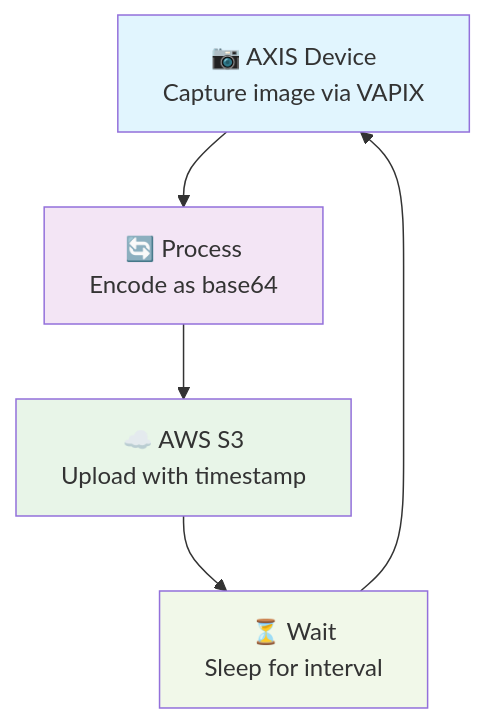
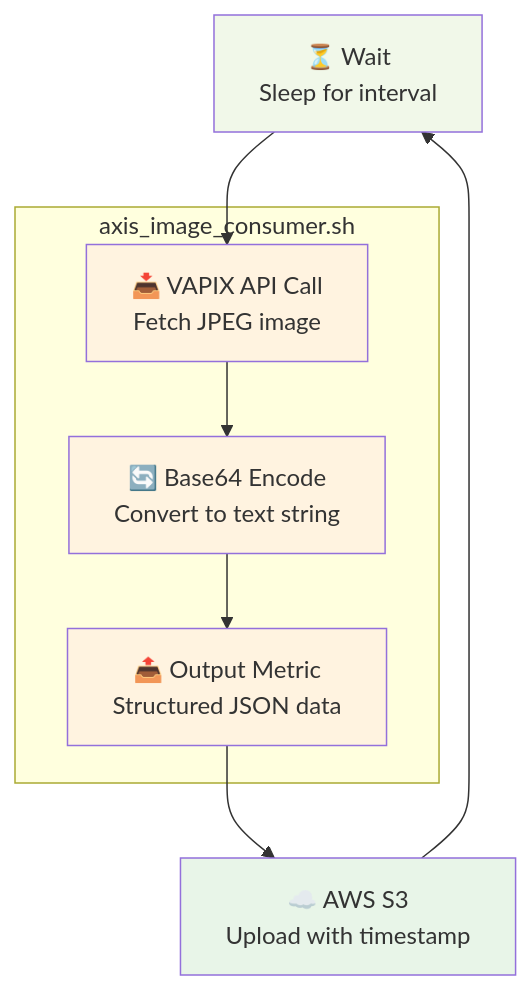
The diagram in project-timelapse-s3/README.md (fixedit-ai/fixedit-data-agent-examples), drawn with Mermaid before and after one commit. The commit also changed other lines of this file and 13 other files, not shown here.

````diff
--- a/project-timelapse-s3/README.md
+++ b/project-timelapse-s3/README.md
@@ -9,12 +9,17 @@
 ```mermaid
 flowchart TD
-    A["📷 AXIS Device<br/>Capture image via VAPIX"] --> B["🔄 Process<br/>Encode as base64"]
-    B --> C["☁️ AWS S3<br/>Upload with timestamp"]
-    C --> D["⏳ Wait<br/>Sleep for interval"]
-    D --> A
+    A["⏳ Wait<br/>Sleep for interval"] --> B1["📥 VAPIX API Call<br/>Fetch JPEG image"]
+    B3 --> C["☁️ AWS S3<br/>Upload with timestamp"]
+    C --> A
 
-    style A fill:#e1f5fe
-    style B fill:#f3e5f5
+    subgraph "axis_image_consumer.sh"
+        B1["📥 VAPIX API Call<br/>Fetch JPEG image"] --> B2["🔄 Base64 Encode<br/>Convert to text string"]
+        B2 --> B3["📤 Output Metric<br/>Structured JSON data"]
+    end
+
+    style A fill:#f1f8e9
     style C fill:#e8f5e8
-    style D fill:#f1f8e9
+    style B1 fill:#fff3e0
+    style B2 fill:#fff3e0
+    style B3 fill:#fff3e0
 ```
````
